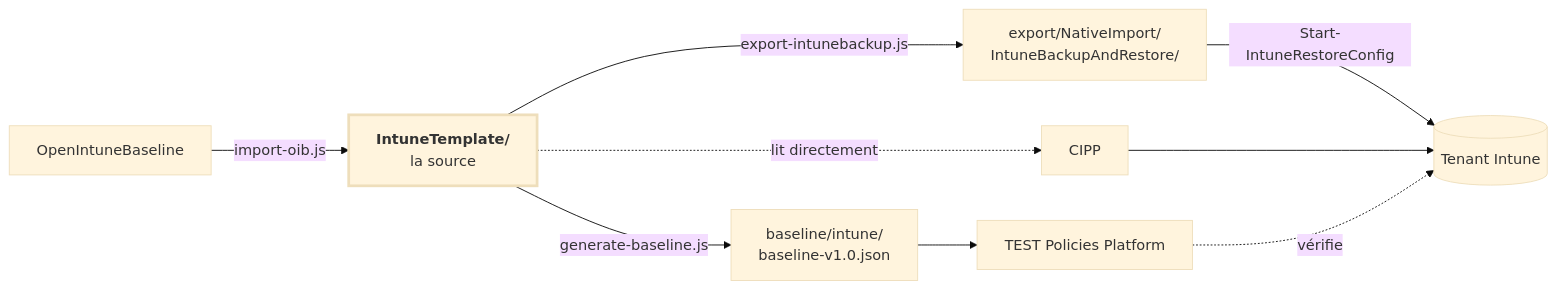
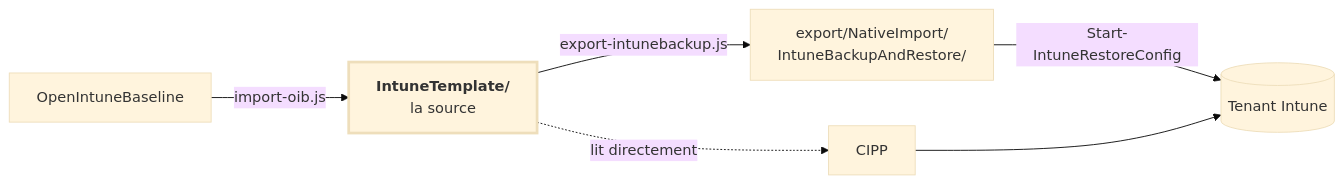
Before and after one commit to sjkanon/IntuneBackup: the diagram in OVERZICHT.fr.md, drawn with Mermaid (base theme). The commit also changed other lines of this file and 678 other files, not shown here.

First line of the commit message:
TEST Policies Platform eruit

````diff
--- a/OVERZICHT.fr.md
+++ b/OVERZICHT.fr.md
@@ -42,13 +41,10 @@
 ```mermaid
 flowchart LR
   OIB["OpenIntuneBaseline"] -->|import-oib.js| T
   T["<b>IntuneTemplate/</b><br/>la source"]
-  T -->|generate-baseline.js| BL["baseline/intune/<br/>baseline-v1.0.json"]
   T -->|export-intunebackup.js| EX["export/NativeImport/<br/>IntuneBackupAndRestore/"]
   T -.->|lit directement| CIPP[CIPP]
-  BL --> PLAT["TEST Policies Platform"]
   EX -->|Start-IntuneRestoreConfig| TENANT[("Tenant Intune")]
   CIPP --> TENANT
-  PLAT -.->|vérifie| TENANT
   style T stroke-width:3px
 ```
````
